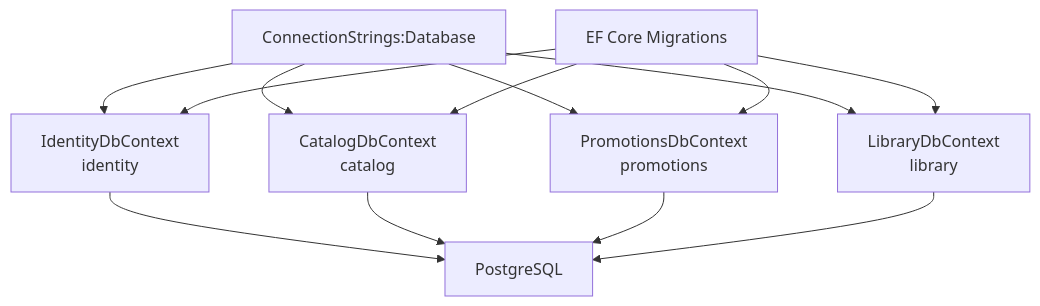
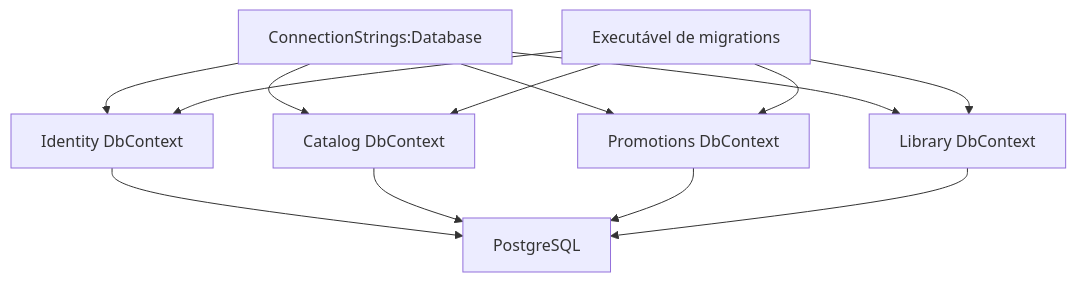
One commit to MarinsPedro/Fiap changed the fifth of 5 diagrams in docs/architecture/diagrams.md. Above: the diagram before and after it, drawn with Mermaid. The commit also changed other lines of this file and 54 other files, not shown here.

````diff
--- a/docs/architecture/diagrams.md
+++ b/docs/architecture/diagrams.md
@@ -66,15 +74,15 @@
 ```mermaid
 flowchart TD
-    Connection["ConnectionStrings:Database"] --> IdentityDb["IdentityDbContext<br/>identity"]
-    Connection --> CatalogDb["CatalogDbContext<br/>catalog"]
-    Connection --> PromotionsDb["PromotionsDbContext<br/>promotions"]
-    Connection --> LibraryDb["LibraryDbContext<br/>library"]
-    Migrator["EF Core Migrations"] --> IdentityDb
+    Connection["ConnectionStrings:Database"] --> IdentityDb["Identity DbContext"]
+    Connection --> CatalogDb["Catalog DbContext"]
+    Connection --> PromotionsDb["Promotions DbContext"]
+    Connection --> LibraryDb["Library DbContext"]
+    Migrator["Executável de migrations"] --> IdentityDb
     Migrator --> CatalogDb
     Migrator --> PromotionsDb
     Migrator --> LibraryDb
     IdentityDb --> PostgreSQL
     CatalogDb --> PostgreSQL
     PromotionsDb --> PostgreSQL
     LibraryDb --> PostgreSQL
 ```
````
